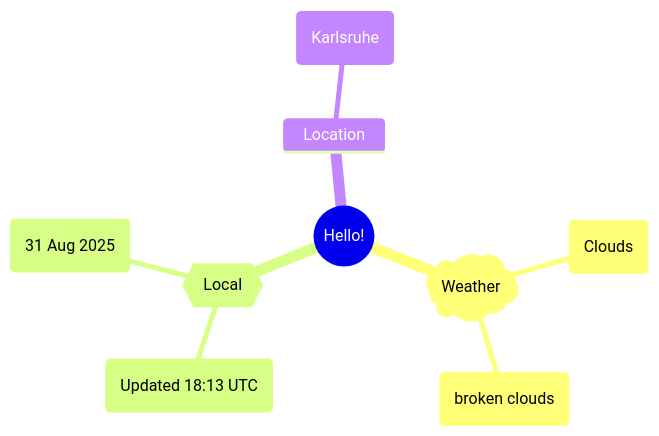
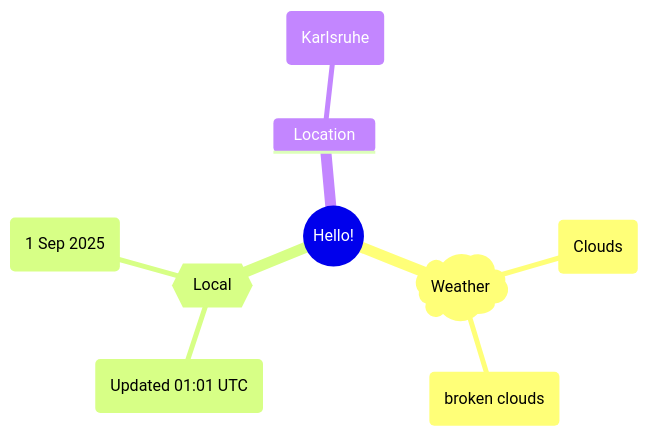
One commit to Xosrov/Xosrov changed the first of 2 diagrams in README.md. Above: the diagram before and after it, drawn with Mermaid.

Commit message:
[bot] updated images

````diff
--- a/README.md
+++ b/README.md
@@ -3,12 +3,12 @@
 ```mermaid
 mindmap
   root((Hello!))
     )Weather(
         (Clouds)
         (broken clouds)
     {{Local}}
-        (Updated 18:13 UTC)
-        (31 Aug 2025)
+        (Updated 01:01 UTC)
+        (1 Sep 2025)
     Location
         (Karlsruhe)
 ```
````
